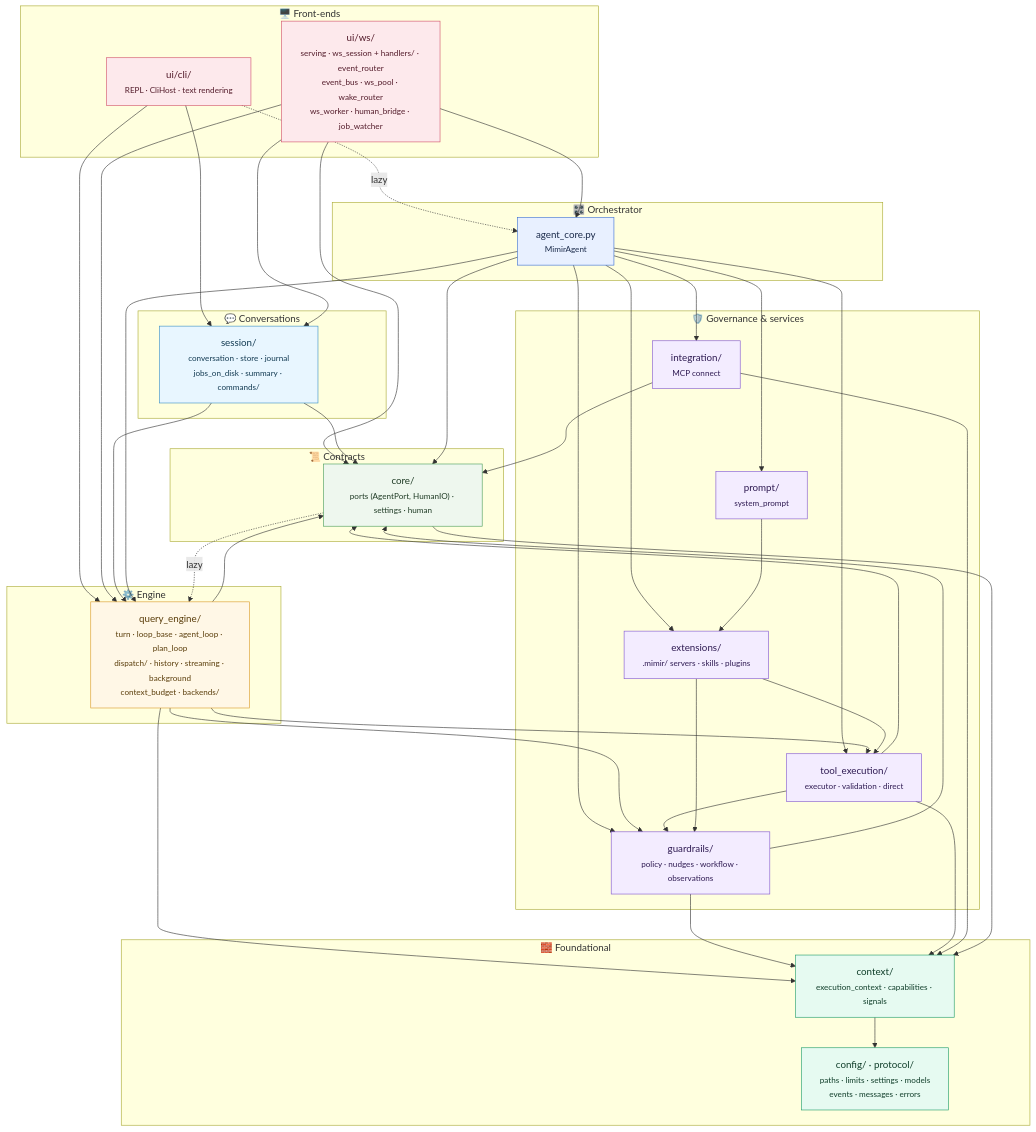
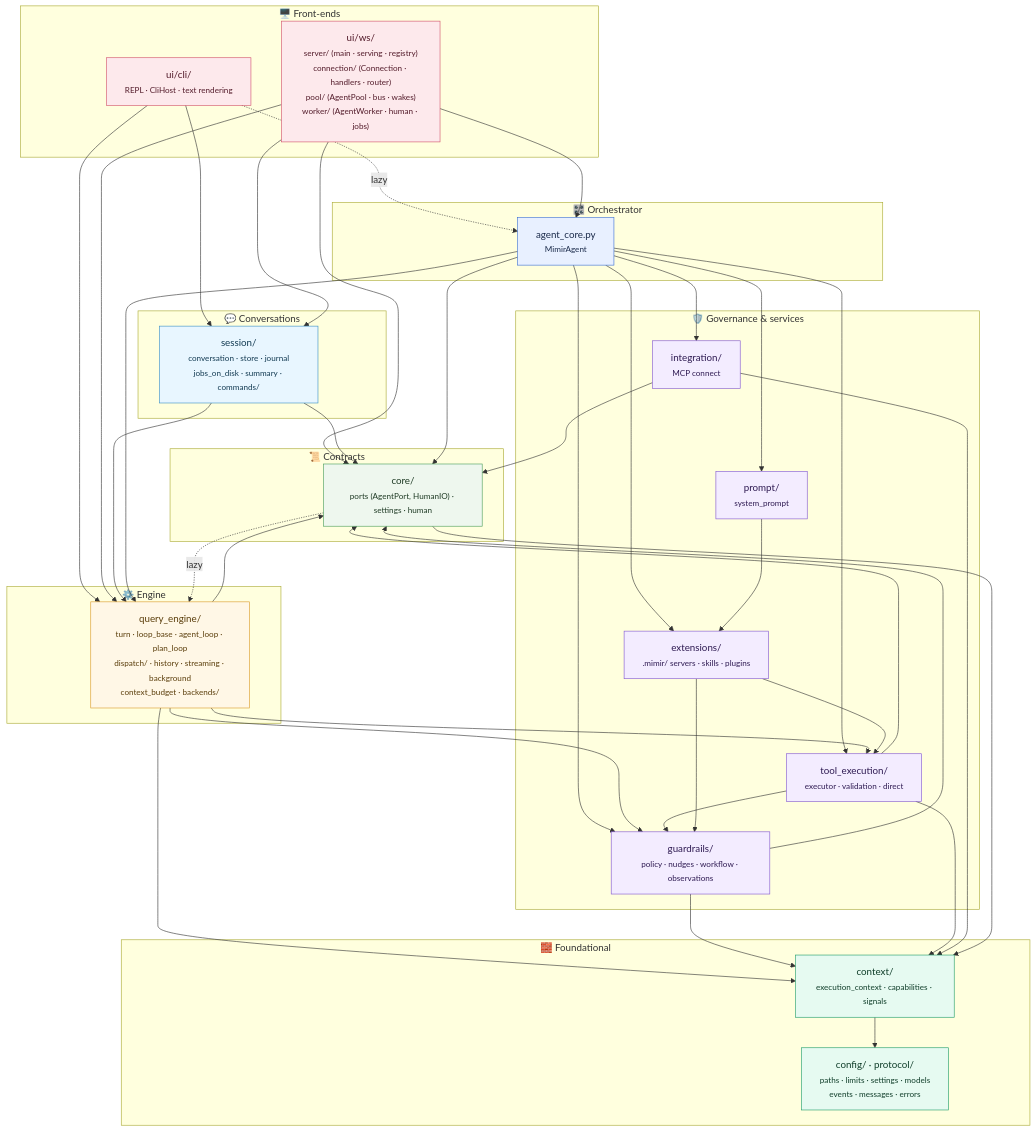
One commit to MIMIR-LLM4CSE/MIMIR changed the diagram in ARCHITECTURE.md. Above: the diagram before and after it, drawn with Mermaid. The commit also changed other lines of this file and 82 other files, not shown here.

First line of the commit message:
E1 (part 1): ui/ws/ is split into server, connection, pool and worker

```diff
--- a/ARCHITECTURE.md
+++ b/ARCHITECTURE.md
@@ -14,7 +14,7 @@
 graph TD
     subgraph FE["🖥️ Front-ends"]
         cli["ui/cli/<br/><small>REPL · CliHost · text rendering</small>"]
-        ws["ui/ws/<br/><small>serving · ws_session + handlers/ · event_router<br/>event_bus · ws_pool · wake_router<br/>ws_worker · human_bridge · job_watcher</small>"]
+        ws["ui/ws/<br/><small>server/ (main · serving · registry)<br/>connection/ (Connection · handlers · router)<br/>pool/ (AgentPool · bus · wakes)<br/>worker/ (AgentWorker · human · jobs)</small>"]
     end
     subgraph SES["💬 Conversations"]
         session["session/<br/><small>conversation · store · journal<br/>jobs_on_disk · summary · commands/</small>"]
```
